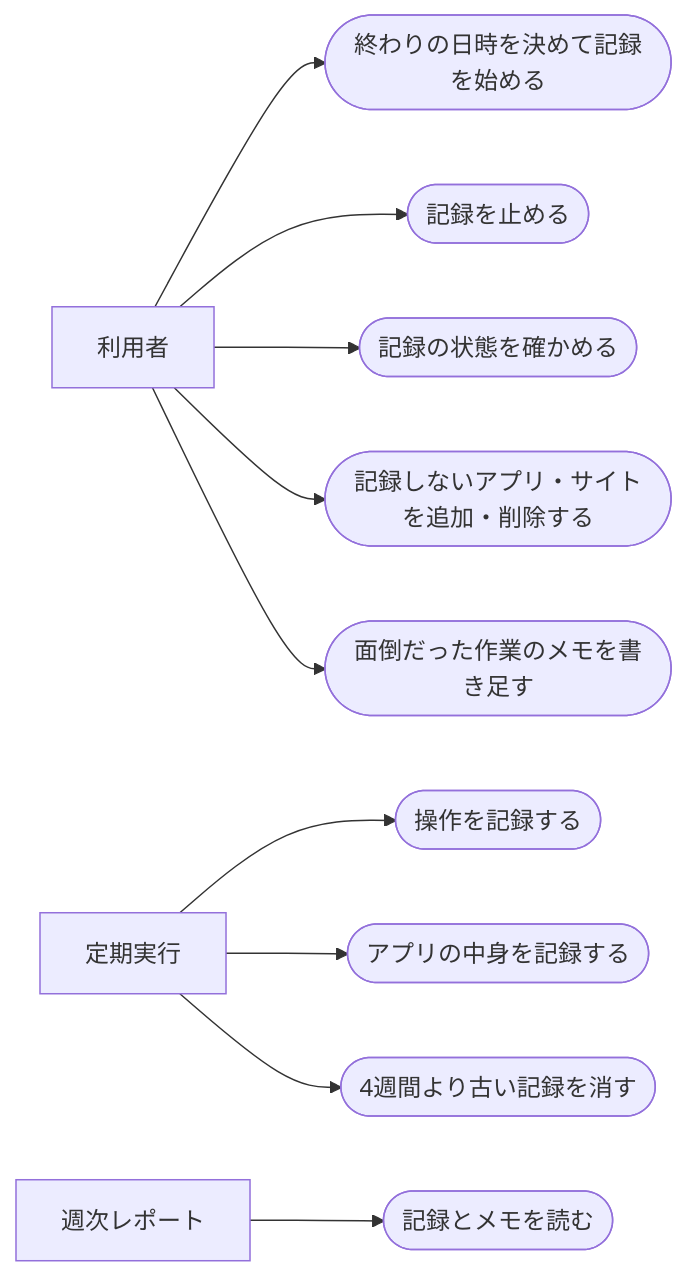
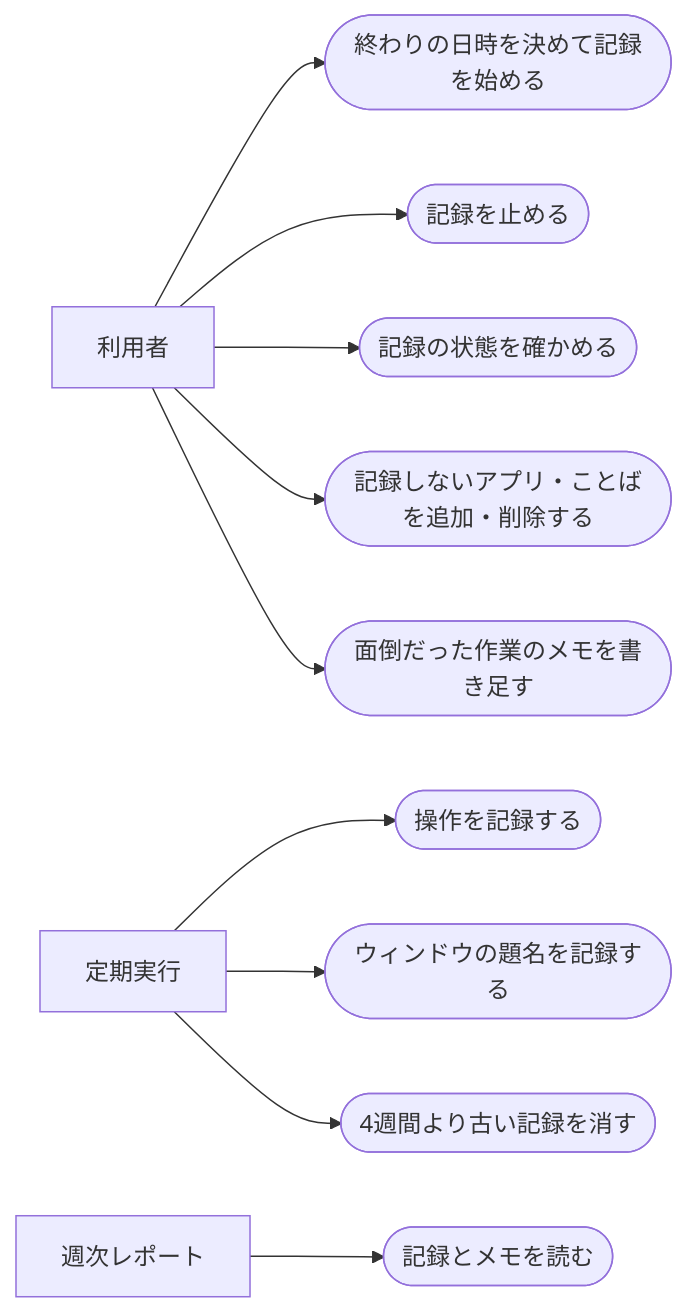
Before and after one commit to dnode-ryosuke-yamazaki/study: the diagram in apps/routine-work-finder/specs/activity-recording/requirements.md, drawn with Mermaid. The commit also changed other lines of this file and 9 other files, not shown here.

````diff
--- a/apps/routine-work-finder/specs/activity-recording/requirements.md
+++ b/apps/routine-work-finder/specs/activity-recording/requirements.md
@@ -25,12 +25,12 @@
 ```mermaid
 flowchart LR
     user["利用者"] --> start(["終わりの日時を決めて記録を始める"])
     user --> stop(["記録を止める"])
     user --> status(["記録の状態を確かめる"])
-    user --> exclude(["記録しないアプリ・サイトを追加・削除する"])
+    user --> exclude(["記録しないアプリ・ことばを追加・削除する"])
     user --> memo(["面倒だった作業のメモを書き足す"])
     timer["定期実行"] --> log(["操作を記録する"])
-    timer --> content(["アプリの中身を記録する"])
+    timer --> content(["ウィンドウの題名を記録する"])
     timer --> purge(["4週間より古い記録を消す"])
     report["週次レポート"] --> read(["記録とメモを読む"])
 ```
````
